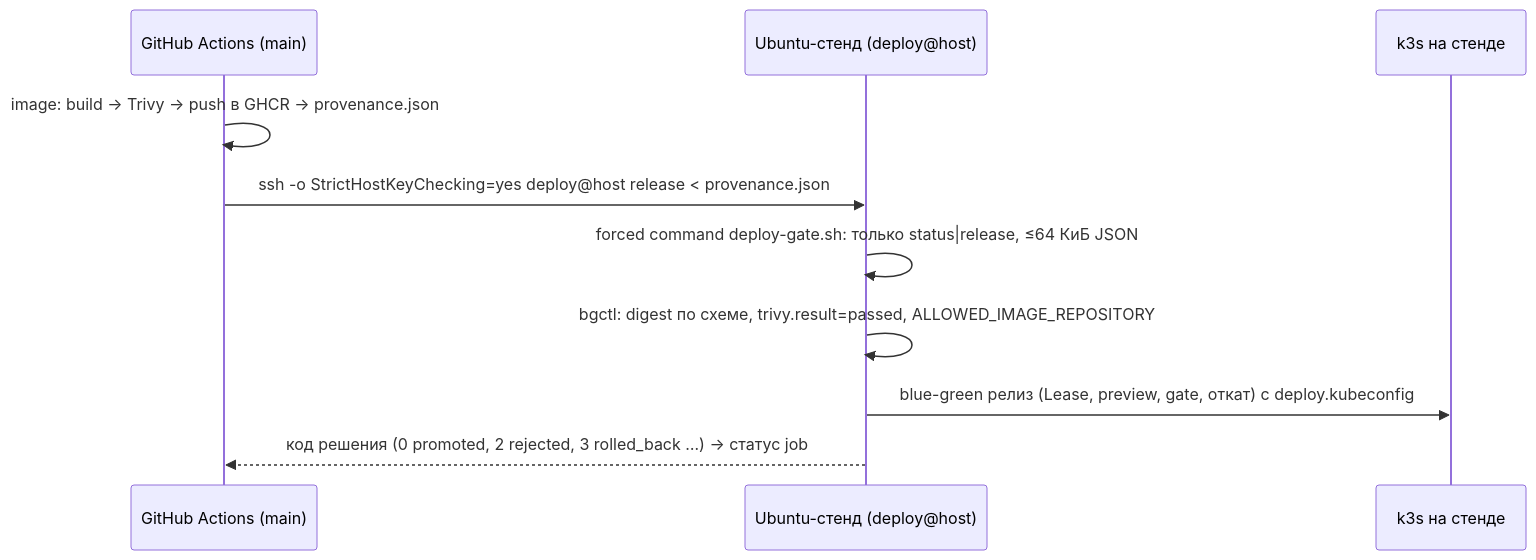
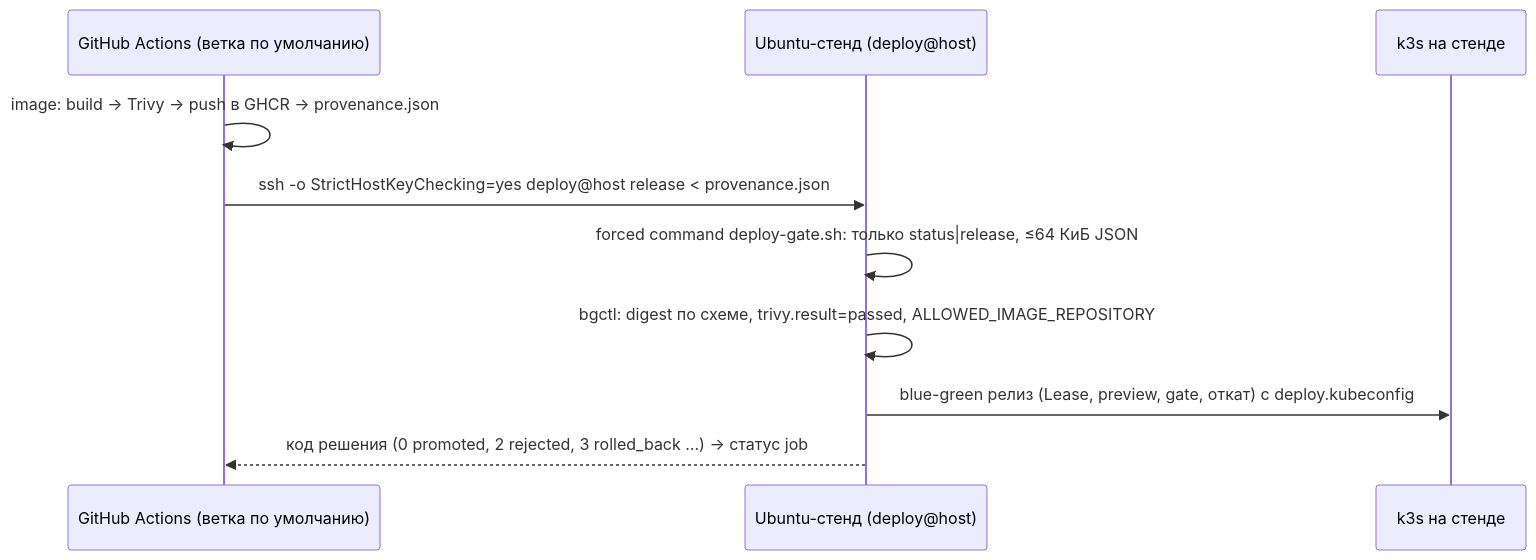
One commit to mitrcik/MTS_DEVOPS_TASK changed the diagram in docs/remote-cd.md. Above: the diagram before and after it, drawn with Mermaid. The commit also changed 17 other files, not shown here.

````diff
--- a/docs/remote-cd.md
+++ b/docs/remote-cd.md
@@ -16,12 +16,12 @@
 ```mermaid
 sequenceDiagram
-  participant GA as GitHub Actions (main)
+  participant GA as GitHub Actions (ветка по умолчанию)
   participant H as Ubuntu-стенд (deploy@host)
   participant K as k3s на стенде
   GA->>GA: image: build → Trivy → push в GHCR → provenance.json
   GA->>H: ssh -o StrictHostKeyChecking=yes deploy@host release < provenance.json
   H->>H: forced command deploy-gate.sh: только status|release, ≤64 КиБ JSON
   H->>H: bgctl: digest по схеме, trivy.result=passed, ALLOWED_IMAGE_REPOSITORY
   H->>K: blue-green релиз (Lease, preview, gate, откат) с deploy.kubeconfig
   H-->>GA: код решения (0 promoted, 2 rejected, 3 rolled_back …) → статус job
 ```
````
